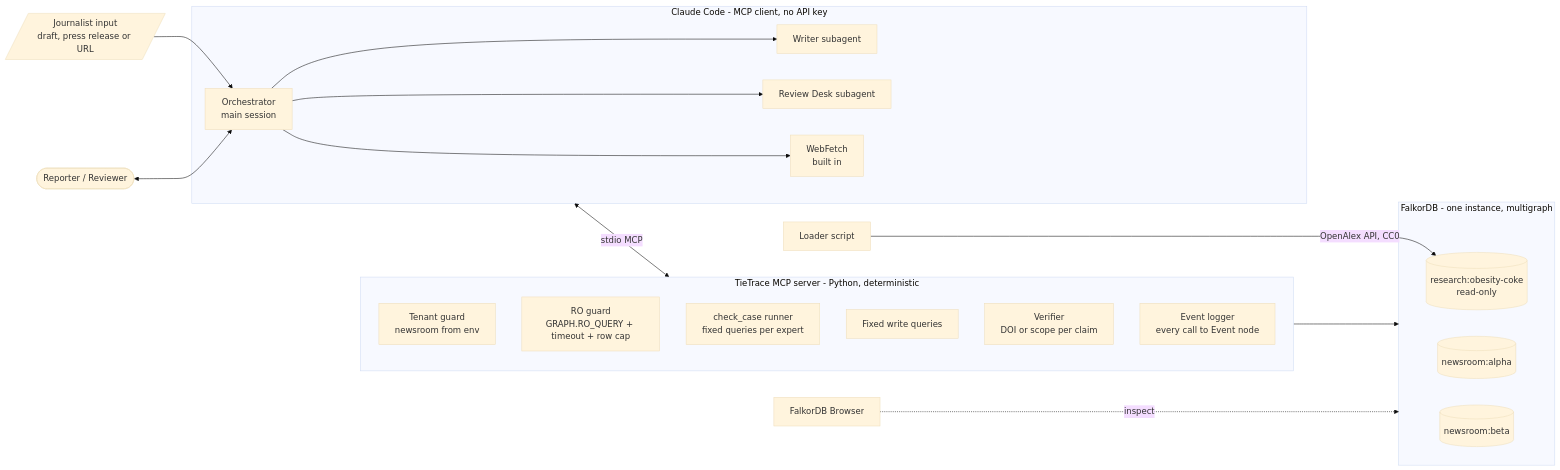
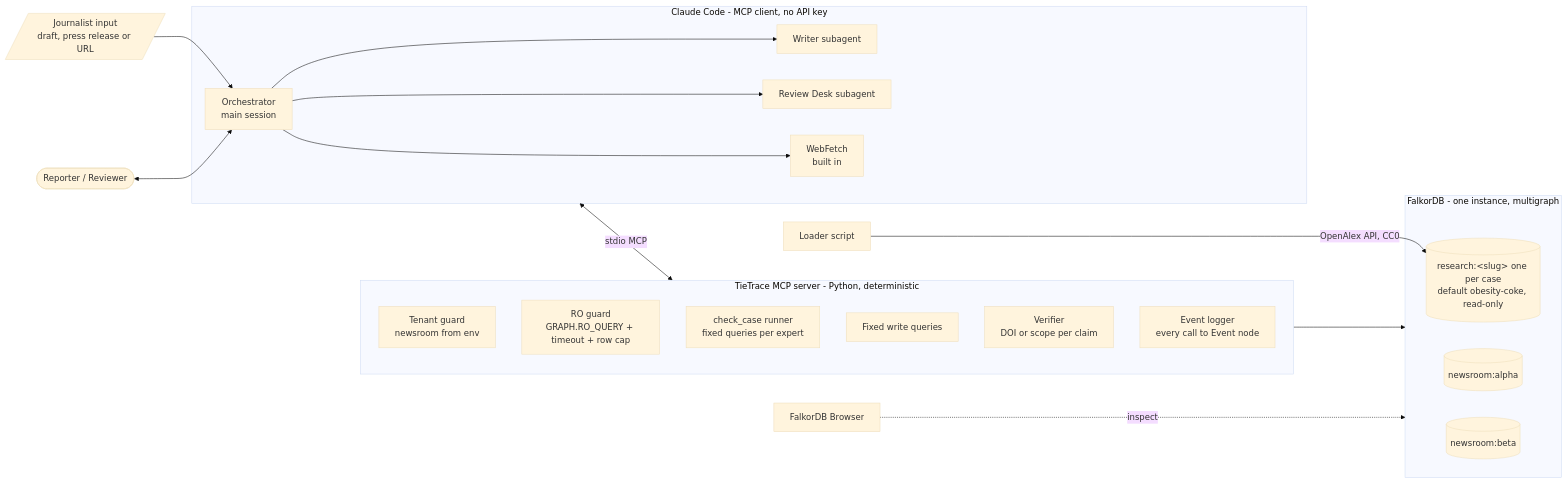
The first of 5 diagrams in docs/mcp-spec.md (Aaryan-Degama/TieTrace), drawn with Mermaid (base theme) before and after one commit. The commit also changed other lines of this file and 11 other files, not shown here.

````diff
--- a/docs/mcp-spec.md
+++ b/docs/mcp-spec.md
@@ -39,36 +40,36 @@
 ```mermaid
 flowchart LR
   J[/"Journalist input<br/>draft, press release or URL"/] --> O
   H([Reporter / Reviewer]) <--> O
 
   subgraph CC["Claude Code - MCP client, no API key"]
     O["Orchestrator<br/>main session"]
     W["Writer subagent"]
     R["Review Desk subagent"]
     WF["WebFetch<br/>built in"]
     O --> W & R
     O --> WF
   end
 
   CC <-->|stdio MCP| SRV
 
   subgraph SRV["TieTrace MCP server - Python, deterministic"]
     TG["Tenant guard<br/>newsroom from env"]
     RO["RO guard<br/>GRAPH.RO_QUERY + timeout + row cap"]
     CK["check_case runner<br/>fixed queries per expert"]
     WQ["Fixed write queries"]
     V["Verifier<br/>DOI or scope per claim"]
     EV["Event logger<br/>every call to Event node"]
   end
 
   SRV --> FDB
 
   subgraph FDB["FalkorDB - one instance, multigraph"]
-    RG[("research:obesity-coke<br/>read-only")]
+    RG[("research:&lt;slug&gt; one per case<br/>default obesity-coke, read-only")]
     NA[("newsroom:alpha")]
     NB[("newsroom:beta")]
   end
 
   L["Loader script"] -->|OpenAlex API, CC0| RG
   BR["FalkorDB Browser"] -.inspect.-> FDB
 ```
````
